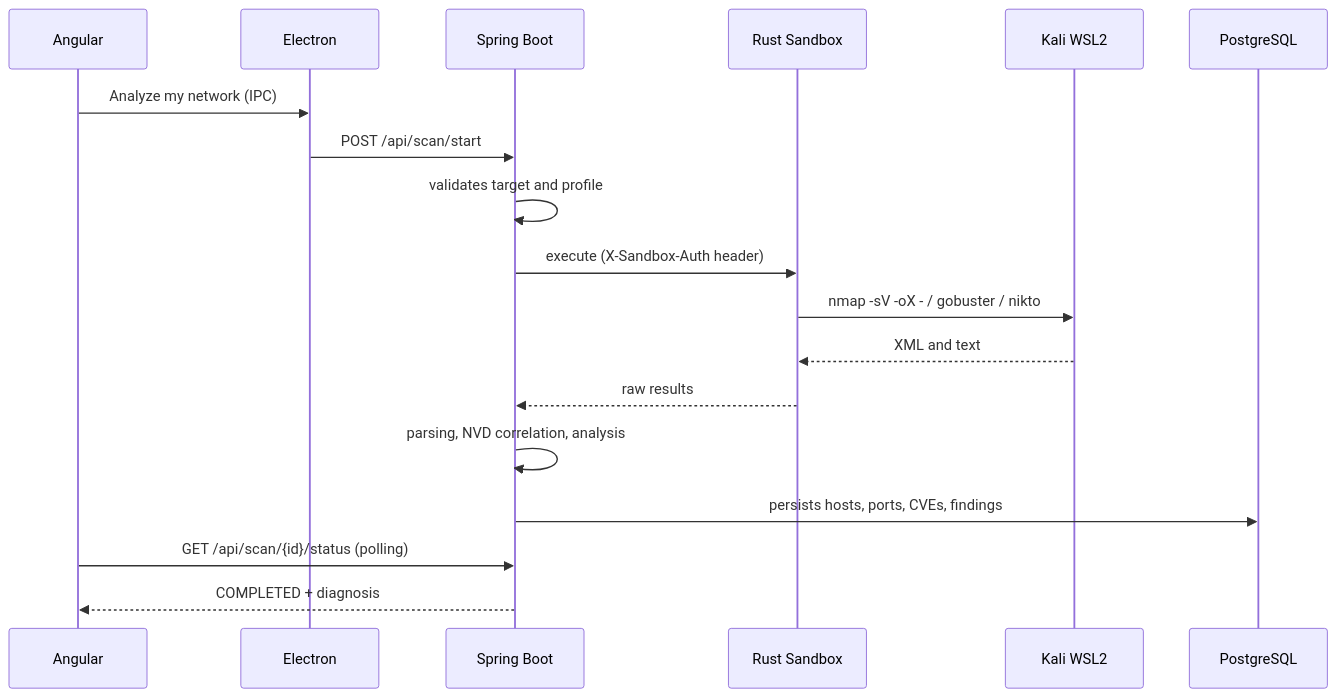
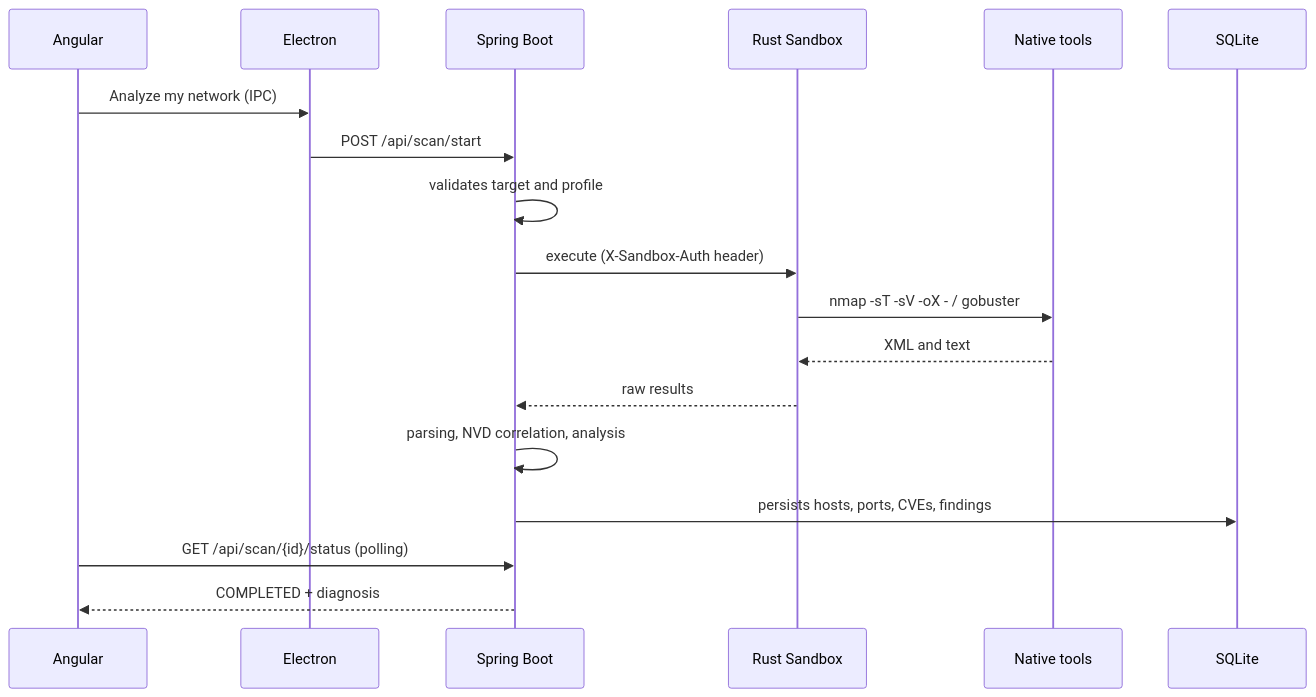
Before and after one commit to FaridDevU/NetSentinel: the second of 2 diagrams in README.md, drawn with Mermaid. The commit also changed other lines of this file, not shown here.

First line of the commit message:
docs: update README to the native architecture (SQLite, bundled JRE, no WSL/Kali)

````diff
--- a/README.md
+++ b/README.md
@@ -103,20 +102,20 @@
 ```mermaid
 sequenceDiagram
     participant C as Angular
     participant E as Electron
     participant A as Spring Boot
     participant S as Rust Sandbox
-    participant K as Kali WSL2
-    participant D as PostgreSQL
+    participant T as Native tools
+    participant D as SQLite
     C->>E: Analyze my network (IPC)
     E->>A: POST /api/scan/start
     A->>A: validates target and profile
     A->>S: execute (X-Sandbox-Auth header)
-    S->>K: nmap -sV -oX - / gobuster / nikto
-    K-->>S: XML and text
+    S->>T: nmap -sT -sV -oX - / gobuster
+    T-->>S: XML and text
     S-->>A: raw results
     A->>A: parsing, NVD correlation, analysis
     A->>D: persists hosts, ports, CVEs, findings
     C->>A: GET /api/scan/{id}/status (polling)
     A-->>C: COMPLETED + diagnosis
 ```
````
